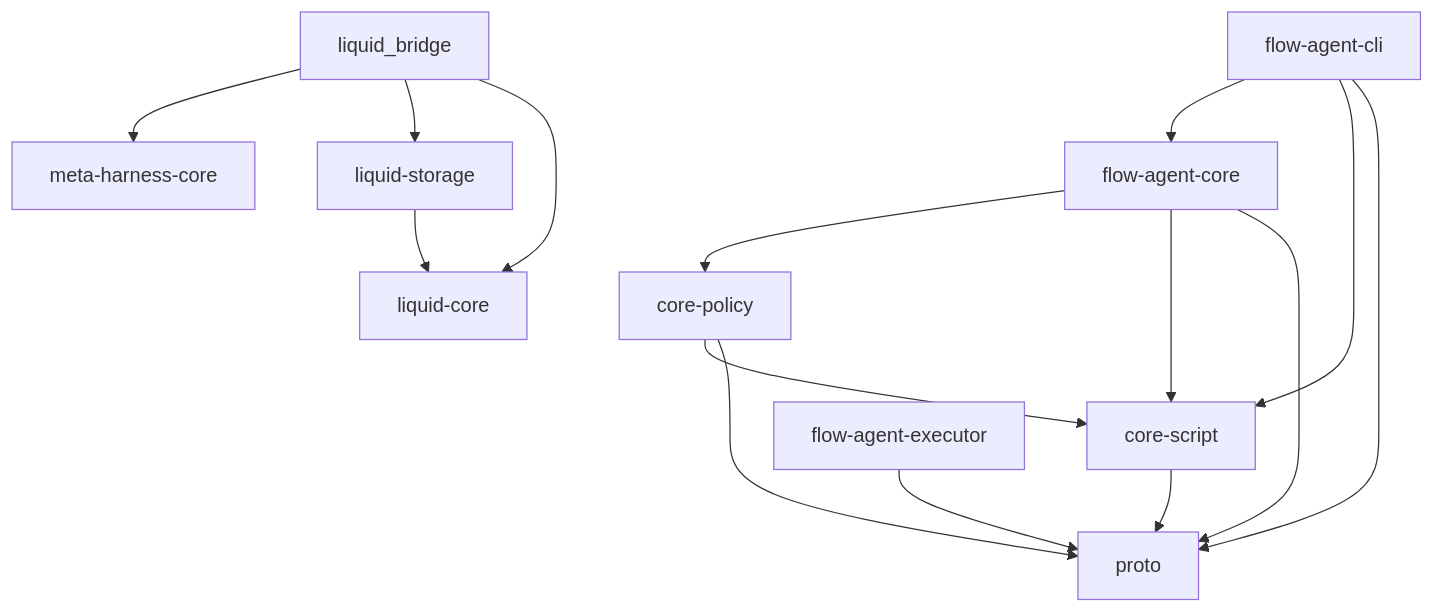
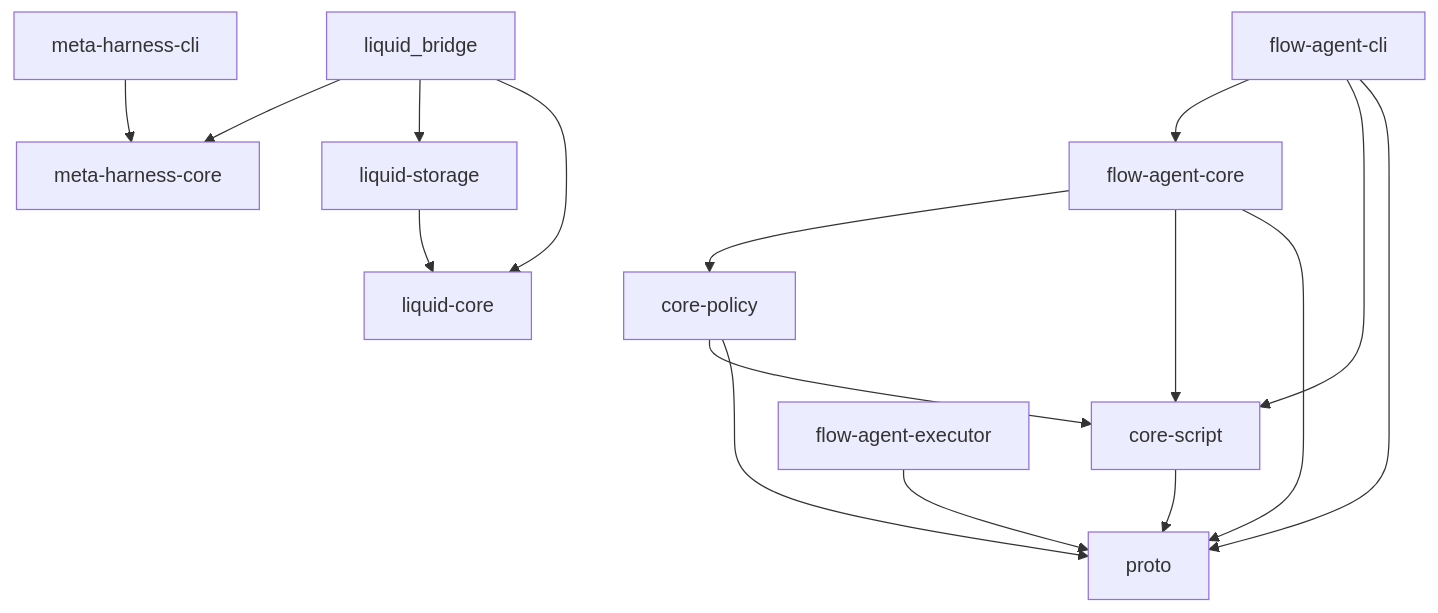
One commit to Open-Equilibrium/watershed changed the first of 3 diagrams in docs/architecture.md. Above: the diagram before and after it, drawn with Mermaid. The commit also changed 70 other files, not shown here.

First line of the commit message:
meta-harness: installer, service and central configuration (#86)

````diff
--- a/docs/architecture.md
+++ b/docs/architecture.md
@@ -9,17 +9,18 @@
 ```mermaid
 flowchart TD
   C[flow-agent-cli] --> F[flow-agent-core]
   C --> S[core-script]
   C --> R[proto]
   E[flow-agent-executor] --> R
   F --> P[core-policy]
   F --> S
   F --> R
   P --> S
   P --> R
   S --> R
-  L[liquid_bridge] --> M[meta-harness-core]
+  MC[meta-harness-cli] --> M[meta-harness-core]
+  L[liquid_bridge] --> M
   L --> LS[liquid-storage]
   L --> LC[liquid-core]
   LS --> LC
 ```
````
